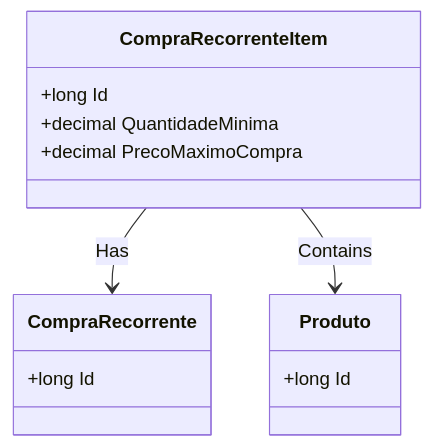
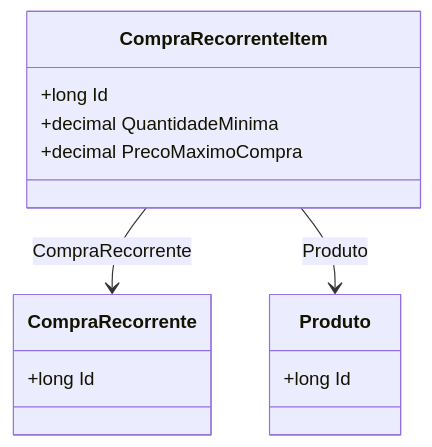
The diagram in docs/b2b-dominio/IsthmusWinthor.Nucleo/IsthmusWinthor.Dominio/Entidades/CompraRecorrenteItem.md (IsthmusSistemas/documentacao-tecnica), drawn with Mermaid before and after one commit. The commit also changed other lines of this file and 882 other files, not shown here.

````diff
--- a/docs/b2b-dominio/IsthmusWinthor.Nucleo/IsthmusWinthor.Dominio/Entidades/CompraRecorrenteItem.md
+++ b/docs/b2b-dominio/IsthmusWinthor.Nucleo/IsthmusWinthor.Dominio/Entidades/CompraRecorrenteItem.md
@@ -23,19 +22,17 @@
 ```mermaid
 classDiagram
     class CompraRecorrenteItem {
         +long Id
         +decimal QuantidadeMinima
         +decimal PrecoMaximoCompra
     }
-    
     class CompraRecorrente {
         +long Id
     }
-
     class Produto {
         +long Id
     }
 
-    CompraRecorrenteItem --> CompraRecorrente : Has
-    CompraRecorrenteItem --> Produto : Contains
+    CompraRecorrenteItem --> CompraRecorrente : CompraRecorrente
+    CompraRecorrenteItem --> Produto : Produto
 ```
````
